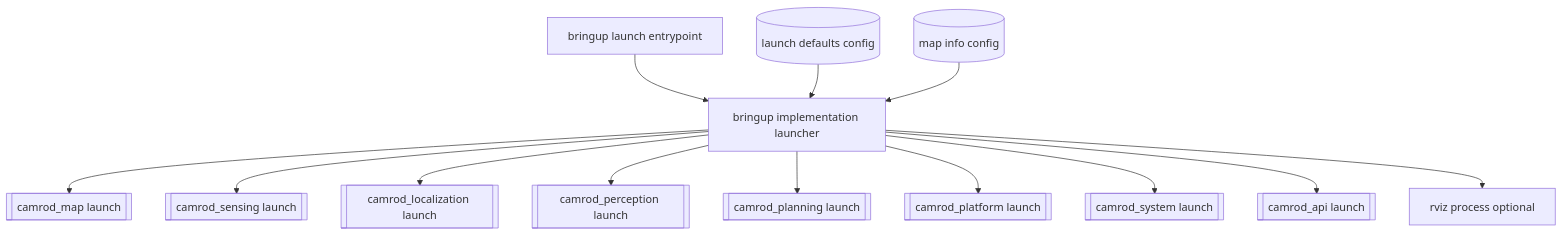
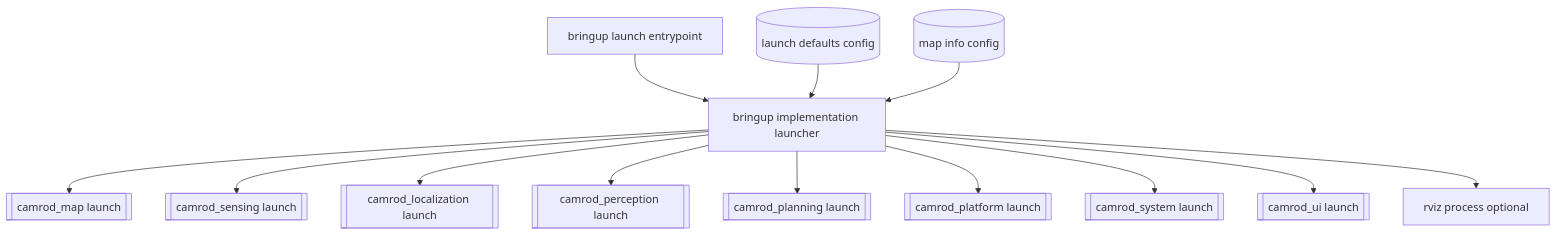
One commit to hwanhonglee/CAMROD changed the first of 2 diagrams in camrod_bringup/README.md. Above: the diagram before and after it, drawn with Mermaid. The commit also changed other lines of this file and 367 other files, not shown here.

First line of the commit message:
Release v1.7: cost grid architecture, namespace camrod, param _s normalization

````diff
--- a/camrod_bringup/README.md
+++ b/camrod_bringup/README.md
@@ -7,16 +7,16 @@
 ```mermaid
 graph TD
   TOP[bringup launch entrypoint] --> IMPL[bringup implementation launcher]
   DEF[(launch defaults config)] --> IMPL
   MAPINFO[(map info config)] --> IMPL
 
   IMPL --> MAP[[camrod_map launch]]
   IMPL --> SEN[[camrod_sensing launch]]
   IMPL --> LOC[[camrod_localization launch]]
   IMPL --> PER[[camrod_perception launch]]
   IMPL --> PLN[[camrod_planning launch]]
   IMPL --> PLAT[[camrod_platform launch]]
   IMPL --> SYS[[camrod_system launch]]
-  IMPL --> API[[camrod_api launch]]
+  IMPL --> API[[camrod_ui launch]]
   IMPL --> RVIZ[rviz process optional]
 ```
````
